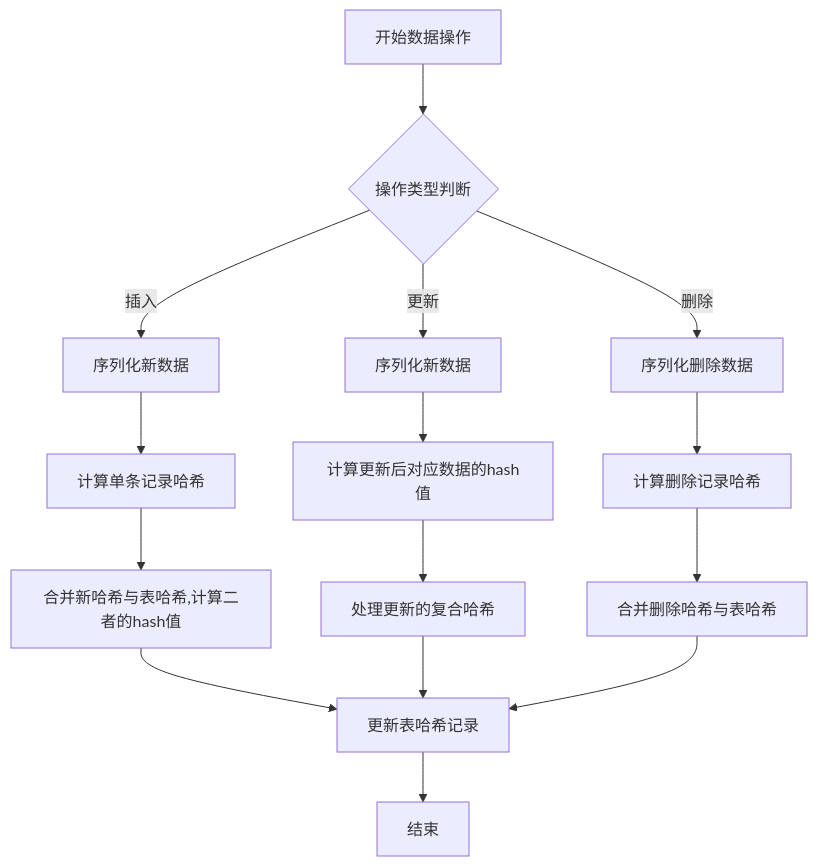
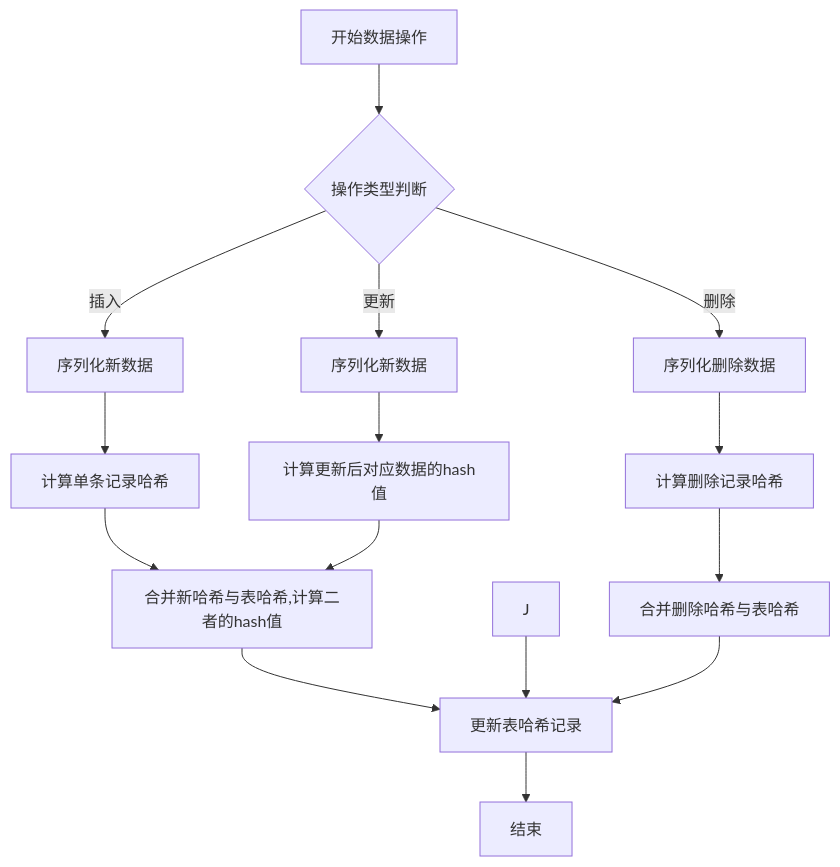
Before and after one commit to yingjianzh/iodraw-files: the diagram in all/未命名-63.md, drawn with Mermaid.

Commit message:
2025-05-19 15:02:09 update

````diff
--- a/all/未命名-63.md
+++ b/all/未命名-63.md
@@ -1,21 +1,21 @@
 ```mermaid
 flowchart TD
     A[开始数据操作] --> B{操作类型判断}
     B -->|插入| C[序列化新数据]
     B -->|更新| D[序列化新数据]
     B -->|删除| E[序列化删除数据]
     
     C --> F[计算单条记录哈希]
     D --> G[计算更新后对应数据的hash值]
     E --> H[计算删除记录哈希]
     
     F --> I[合并新哈希与表哈希,计算二者的hash值]
-    G --> J[处理更新的复合哈希]
+    G --> I
     H --> K[合并删除哈希与表哈希]
     
     I --> L[更新表哈希记录]
     J --> L
     K --> L
     
     L --> M[结束]
 ```
````
